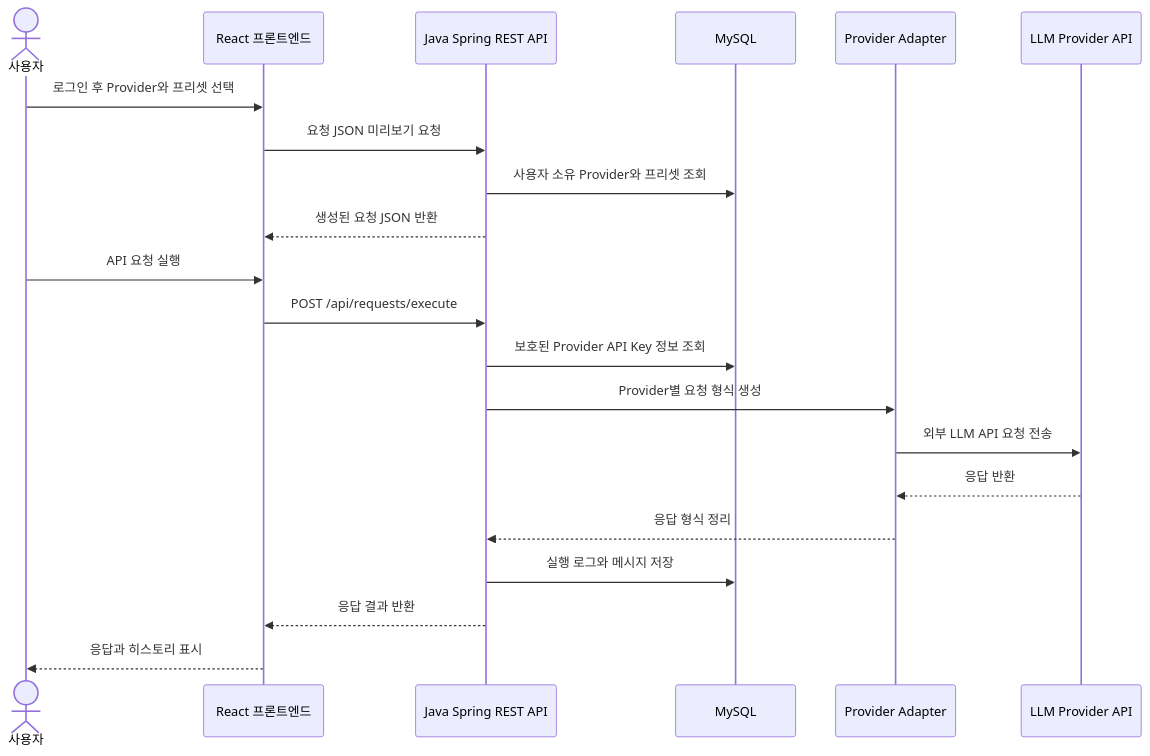
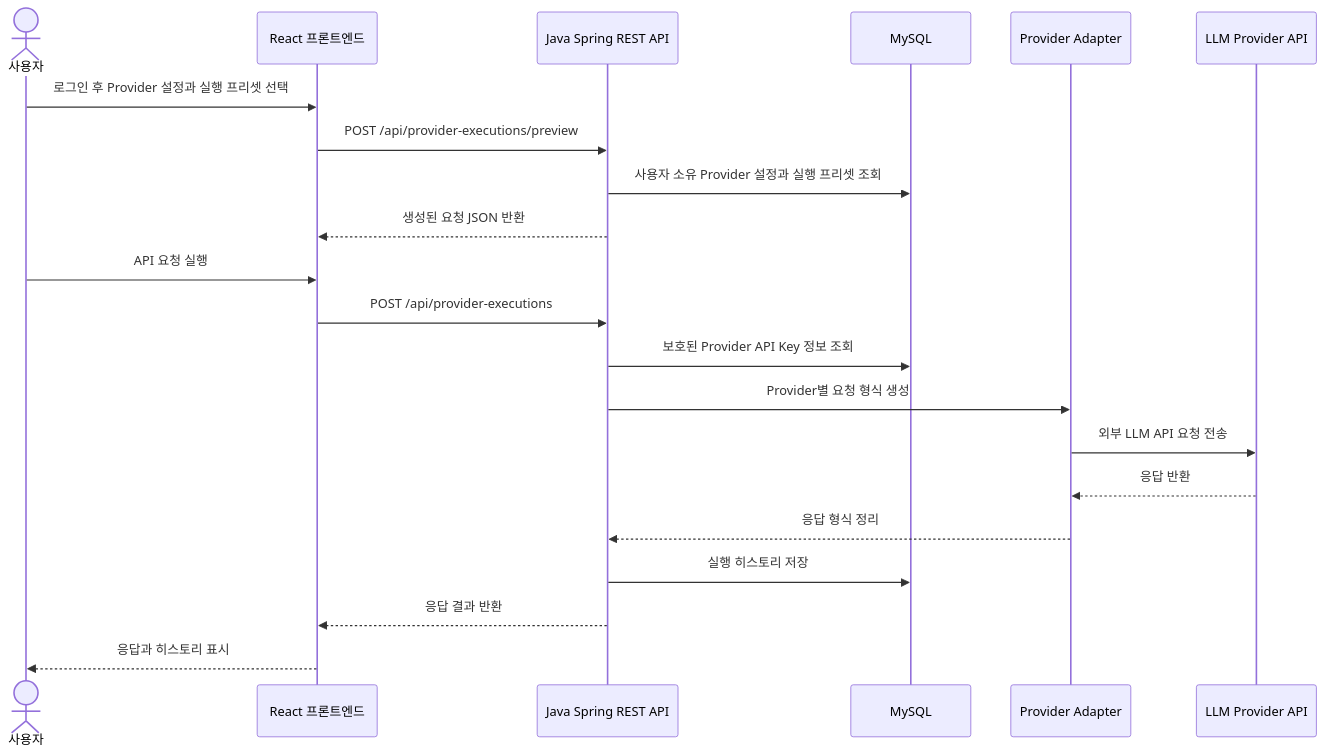
One commit to Want-knu/PromptDeck changed the diagram in docs/PROJECT_PROPOSAL.md. Above: the diagram before and after it, drawn with Mermaid. The commit also changed other lines of this file and 3 other files, not shown here.

````diff
--- a/docs/PROJECT_PROPOSAL.md
+++ b/docs/PROJECT_PROPOSAL.md
@@ -21,24 +21,24 @@
 ```mermaid
 sequenceDiagram
     actor User as 사용자
     participant FE as React 프론트엔드
     participant BE as Java Spring REST API
     participant DB as MySQL
     participant Adapter as Provider Adapter
     participant Provider as LLM Provider API
 
-    User->>FE: 로그인 후 Provider와 프리셋 선택
-    FE->>BE: 요청 JSON 미리보기 요청
-    BE->>DB: 사용자 소유 Provider와 프리셋 조회
+    User->>FE: 로그인 후 Provider 설정과 실행 프리셋 선택
+    FE->>BE: POST /api/provider-executions/preview
+    BE->>DB: 사용자 소유 Provider 설정과 실행 프리셋 조회
     BE-->>FE: 생성된 요청 JSON 반환
     User->>FE: API 요청 실행
-    FE->>BE: POST /api/requests/execute
+    FE->>BE: POST /api/provider-executions
     BE->>DB: 보호된 Provider API Key 정보 조회
     BE->>Adapter: Provider별 요청 형식 생성
     Adapter->>Provider: 외부 LLM API 요청 전송
     Provider-->>Adapter: 응답 반환
     Adapter-->>BE: 응답 형식 정리
-    BE->>DB: 실행 로그와 메시지 저장
+    BE->>DB: 실행 히스토리 저장
     BE-->>FE: 응답 결과 반환
     FE-->>User: 응답과 히스토리 표시
 ```
````
